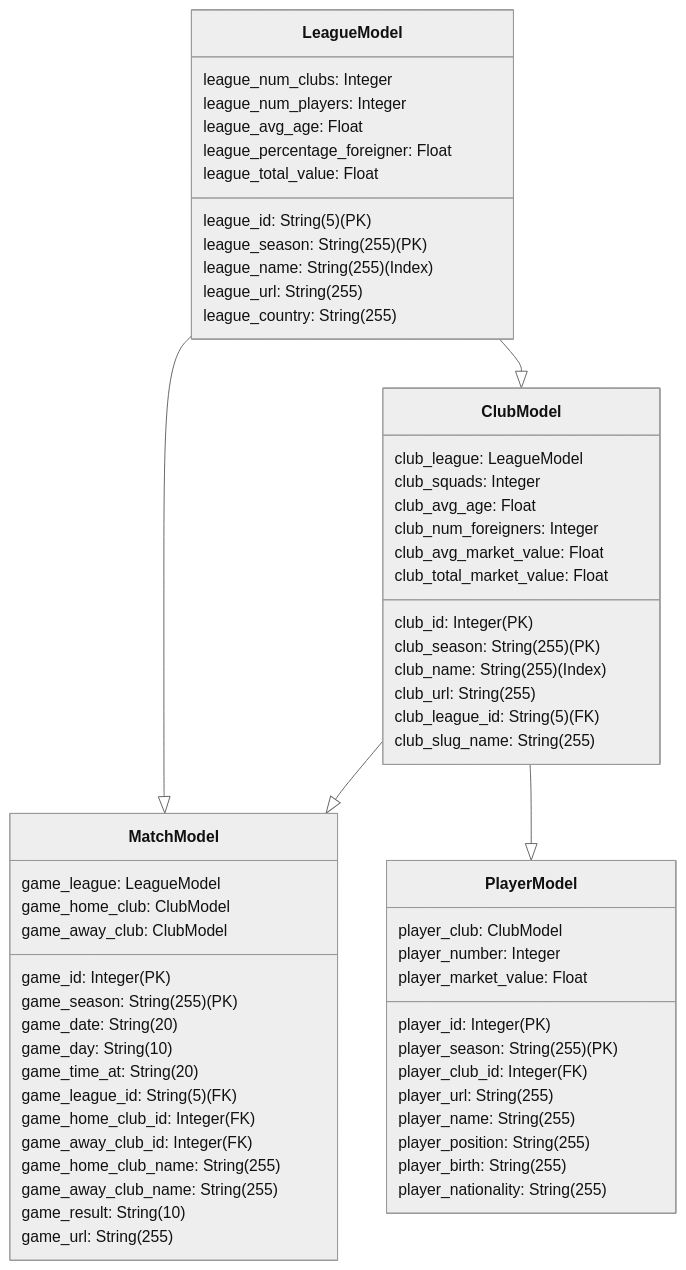
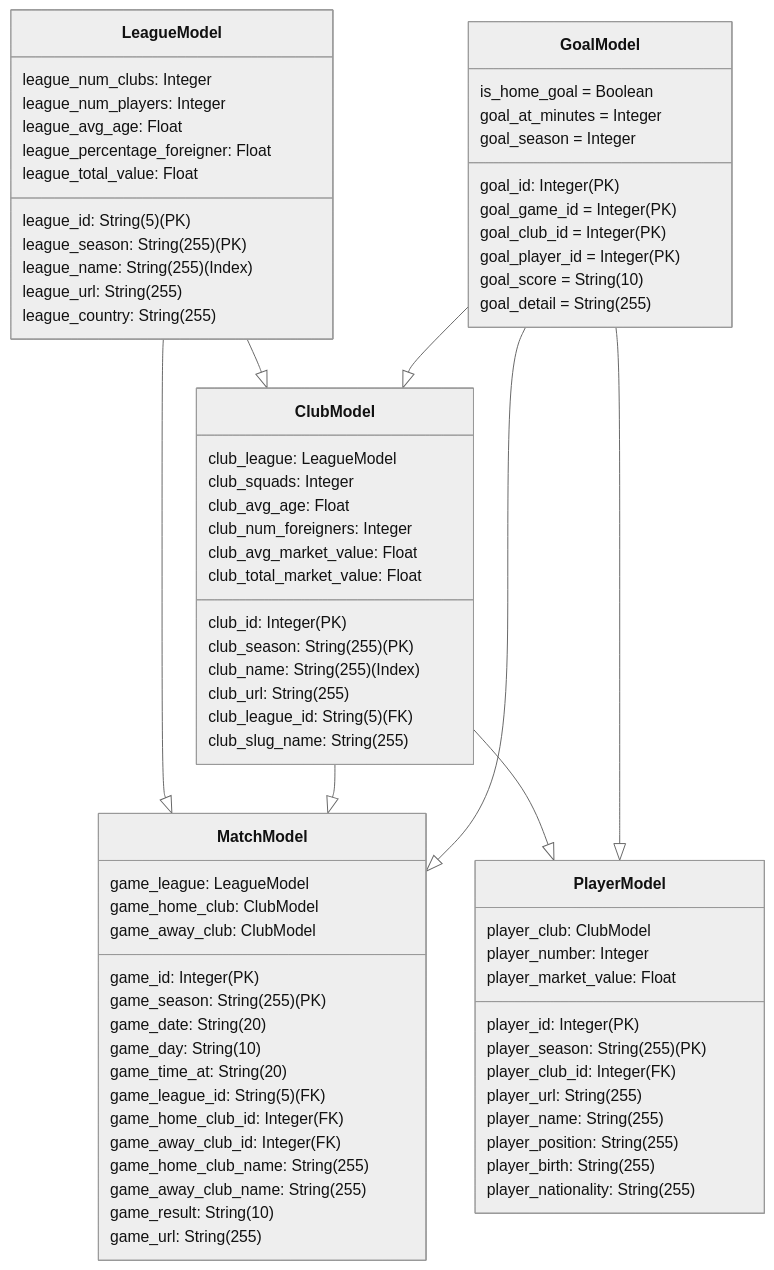
The second of 2 diagrams in README.md (giaosudau/football-teller), drawn with Mermaid (neutral theme) before and after one commit. The commit also changed 3 other files, not shown here.

Commit message:
add params to crawl based on page and number per page fix goal model add goal model to README

````diff
--- a/README.md
+++ b/README.md
@@ -38,67 +38,82 @@
 ```mermaid
 classDiagram
   class LeagueModel {
     league_id: String(5) (PK)
     league_season: String(255) (PK)
     league_name: String(255) (Index)
     league_url: String(255)
     league_country: String(255)
     league_num_clubs: Integer
     league_num_players: Integer
     league_avg_age: Float
     league_percentage_foreigner: Float
     league_total_value: Float
   }
 
   class ClubModel {
     club_id: Integer (PK)
     club_season: String(255) (PK)
     club_name: String(255) (Index)
     club_url: String(255)
     club_league_id: String(5) (FK)
     club_league: LeagueModel
     club_slug_name: String(255)
     club_squads: Integer
     club_avg_age: Float
     club_num_foreigners: Integer
     club_avg_market_value: Float
     club_total_market_value: Float
   }
 
   class MatchModel {
     game_id: Integer (PK)
     game_season: String(255) (PK)
     game_date: String(20)
     game_day: String(10)
     game_time_at: String(20)
     game_league_id: String(5) (FK)
     game_league: LeagueModel
     game_home_club_id: Integer (FK)
     game_home_club: ClubModel
     game_away_club_id: Integer (FK)
     game_away_club: ClubModel
     game_home_club_name: String(255)
     game_away_club_name: String(255)
     game_result: String(10)
     game_url: String(255)
   }
 
   class PlayerModel {
     player_id: Integer (PK)
     player_season: String(255) (PK)
     player_club_id: Integer (FK)
     player_club: ClubModel
     player_number: Integer
     player_url: String(255)
     player_name: String(255)
     player_position: String(255)
     player_birth: String(255)
     player_nationality: String(255)
     player_market_value: Float
   }
+  
+  class GoalModel {
+    goal_id: Integer (PK)
+    goal_game_id = Integer (PK)
+    goal_club_id = Integer (PK)
+    goal_player_id = Integer (PK)
+    is_home_goal = Boolean
+    goal_at_minutes = Integer
+    goal_score = String(10)
+    goal_detail = String(255)
+    goal_season = Integer
+  }
 
   LeagueModel --|> ClubModel
   LeagueModel --|> MatchModel
   ClubModel --|> MatchModel
   ClubModel --|> PlayerModel
+  GoalModel --|> PlayerModel
+  GoalModel --|> MatchModel
+  GoalModel --|> ClubModel
 ```
````
